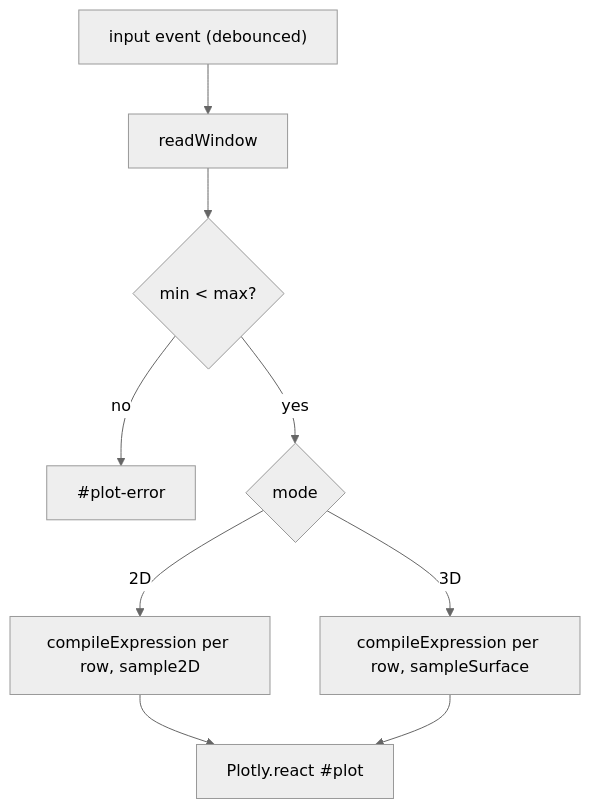
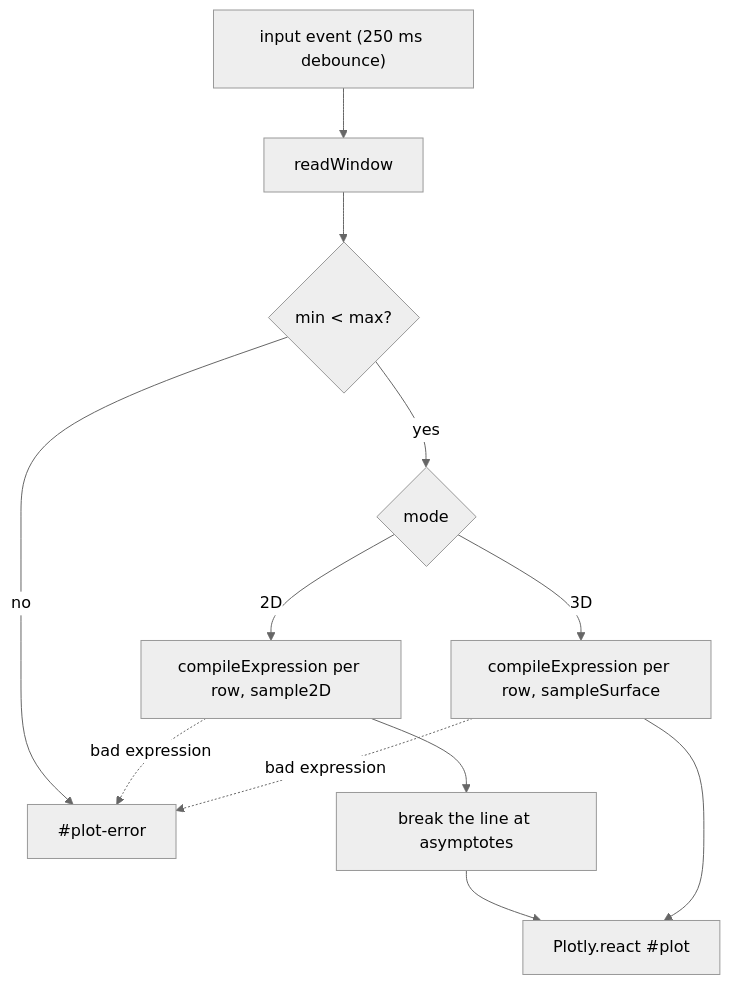
One commit to ChrisMedkit/CS-235-IntroToAI changed the ninth of 13 diagrams in DIAGRAM.md. Above: the diagram before and after it, drawn with Mermaid (neutral theme). The commit also changed other lines of this file and 10 other files, not shown here.

````diff
--- a/DIAGRAM.md
+++ b/DIAGRAM.md
@@ -150,11 +150,13 @@
 ```mermaid
 flowchart TD
-  A["input event (debounced)"] --> B["readWindow"]
+  A["input event (250 ms debounce)"] --> B["readWindow"]
   B --> C{"min < max?"}
   C -- no --> E1["#plot-error"]
   C -- yes --> D{"mode"}
   D -- 2D --> F["compileExpression per row, sample2D"]
+  F --> BR["break the line at asymptotes"]
   D -- 3D --> G["compileExpression per row, sampleSurface"]
-  F --> H["Plotly.react #plot"]
+  BR --> H["Plotly.react #plot"]
   G --> H
+  F & G -. "bad expression" .-> E1
 ```
````
